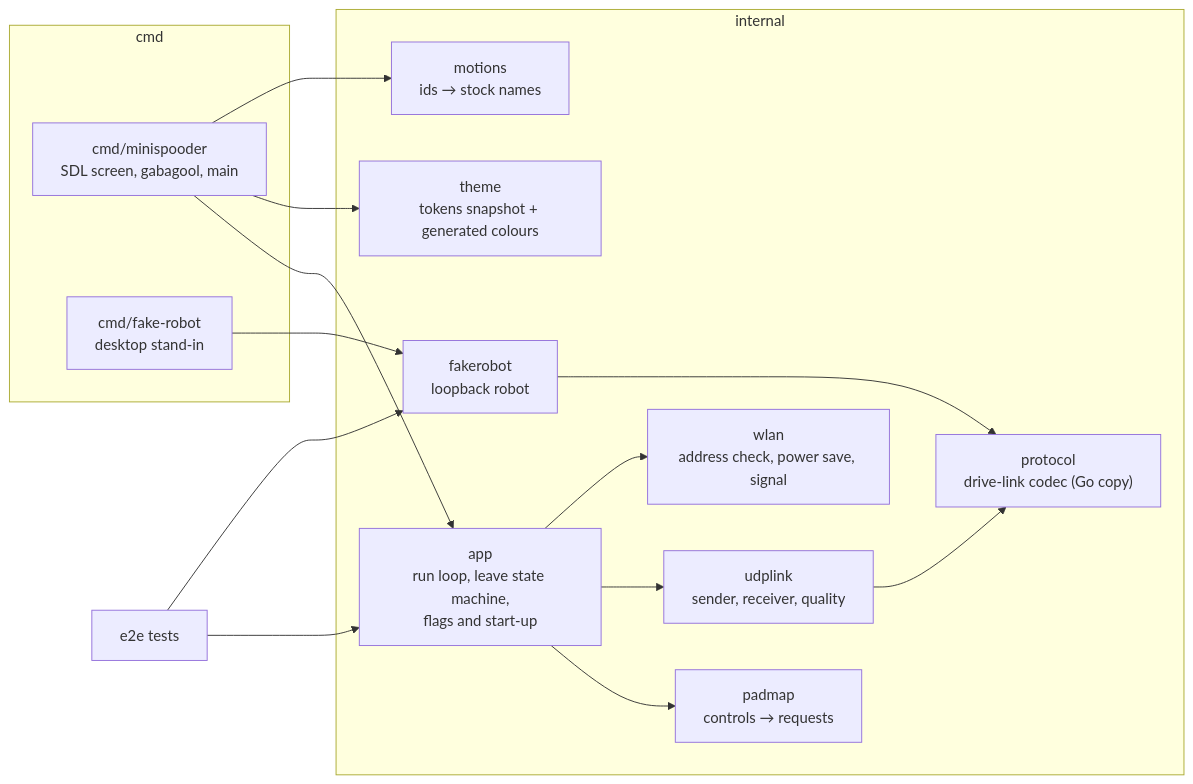
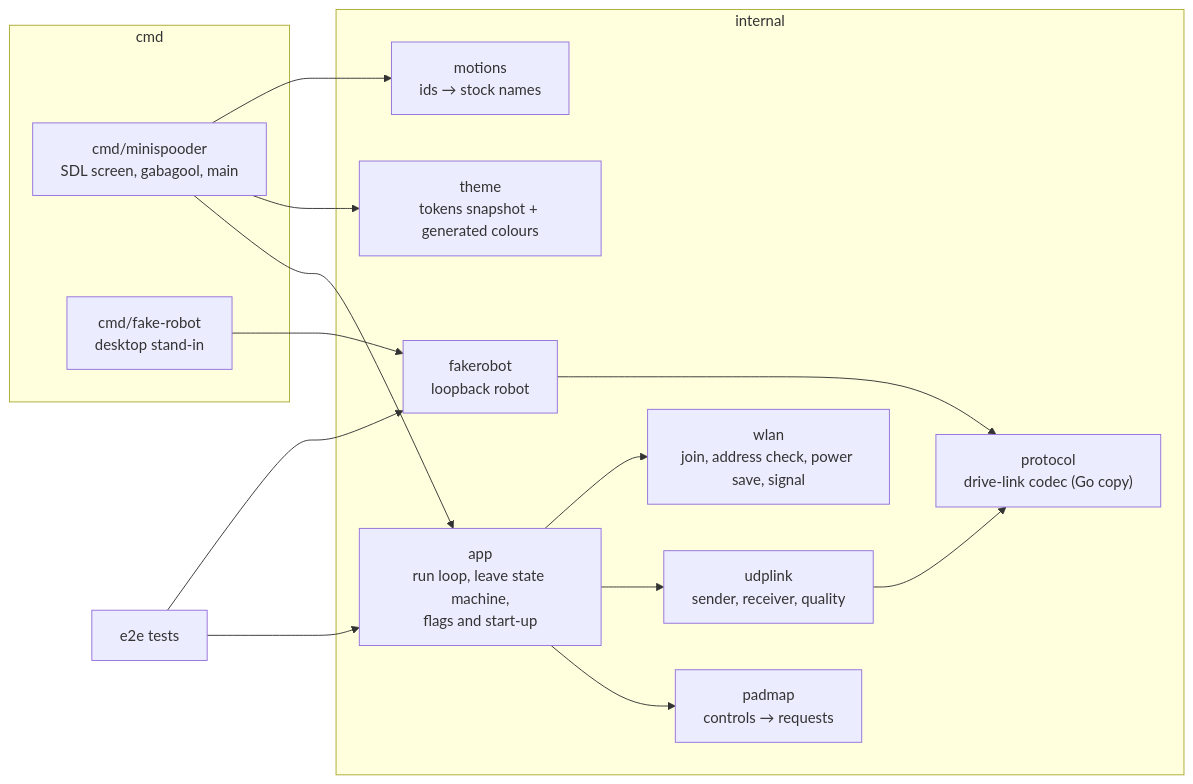
The first of 3 diagrams in openspec/changes/handheld-pak/design.md (blackfyre/mini-spooder), drawn with Mermaid before and after one commit. The commit also changed other lines of this file and 12 other files, not shown here.

````diff
--- a/openspec/changes/handheld-pak/design.md
+++ b/openspec/changes/handheld-pak/design.md
@@ -28,28 +28,28 @@
 ```mermaid
 flowchart LR
   subgraph cmd
     PAK["cmd/minispooder<br/>SDL screen, gabagool, main"]
     FAKE["cmd/fake-robot<br/>desktop stand-in"]
   end
   subgraph internal
     APP["app<br/>run loop, leave state machine,<br/>flags and start-up"]
     MAP["padmap<br/>controls → requests"]
     PROTO["protocol<br/>drive-link codec (Go copy)"]
     LINK["udplink<br/>sender, receiver, quality"]
-    WLAN["wlan<br/>address check, power save, signal"]
+    WLAN["wlan<br/>join, address check, power save, signal"]
     THEME["theme<br/>tokens snapshot + generated colours"]
     FR["fakerobot<br/>loopback robot"]
     MOT["motions<br/>ids → stock names"]
   end
   PAK --> APP
   APP --> MAP
   APP --> LINK
   APP --> WLAN
   LINK --> PROTO
   PAK --> THEME
   PAK --> MOT
   FAKE --> FR
   FR --> PROTO
   E2E["e2e tests"] --> APP
   E2E --> FR
 ```
````
